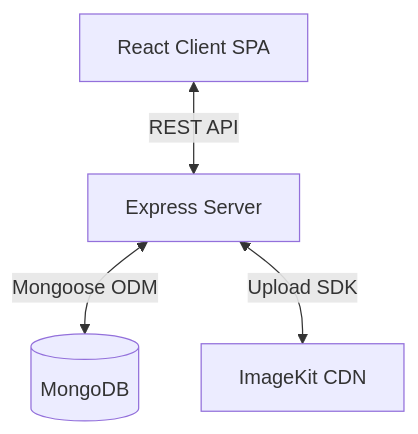
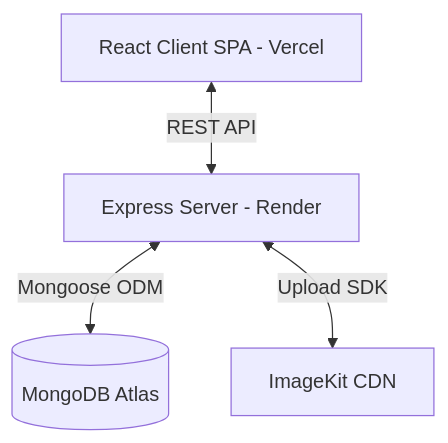
Before and after one commit to Ayush7433/Expense-Tracker: the diagram in PROJECT.md, drawn with Mermaid. The commit also changed other lines of this file, not shown here.

````diff
--- a/PROJECT.md
+++ b/PROJECT.md
@@ -46,6 +50,6 @@
 ```mermaid
 graph TD
-    Client[React Client SPA] <-->|REST API| Server[Express Server]
-    Server <-->|Mongoose ODM| DB[(MongoDB)]
+    Client[React Client SPA - Vercel] <-->|REST API| Server[Express Server - Render]
+    Server <-->|Mongoose ODM| DB[(MongoDB Atlas)]
     Server <-->|Upload SDK| IK[ImageKit CDN]
 ```
````
